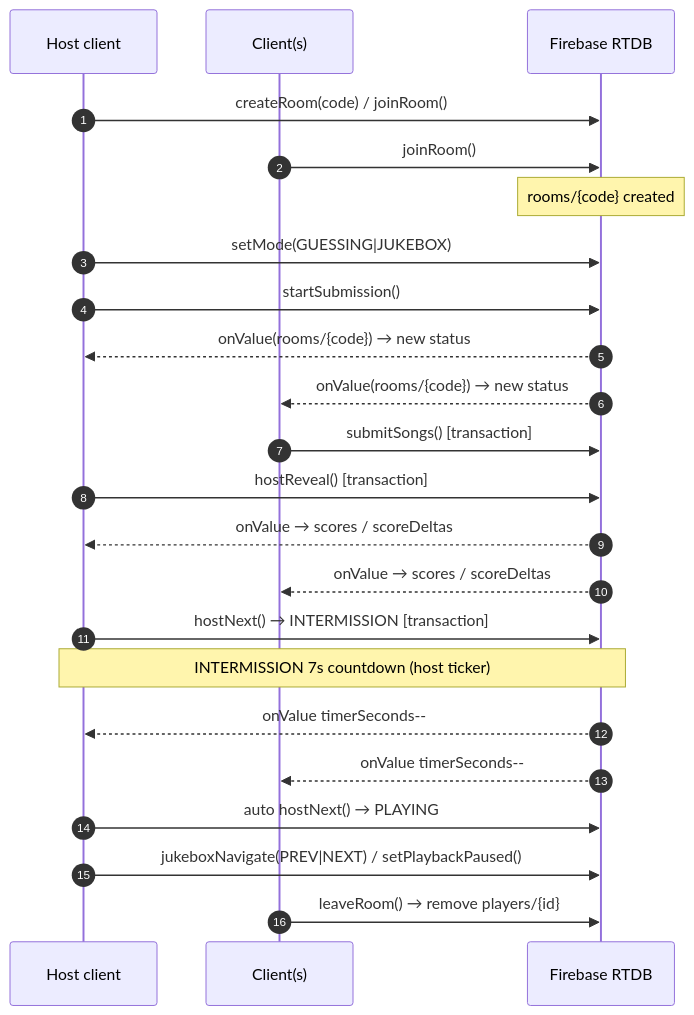
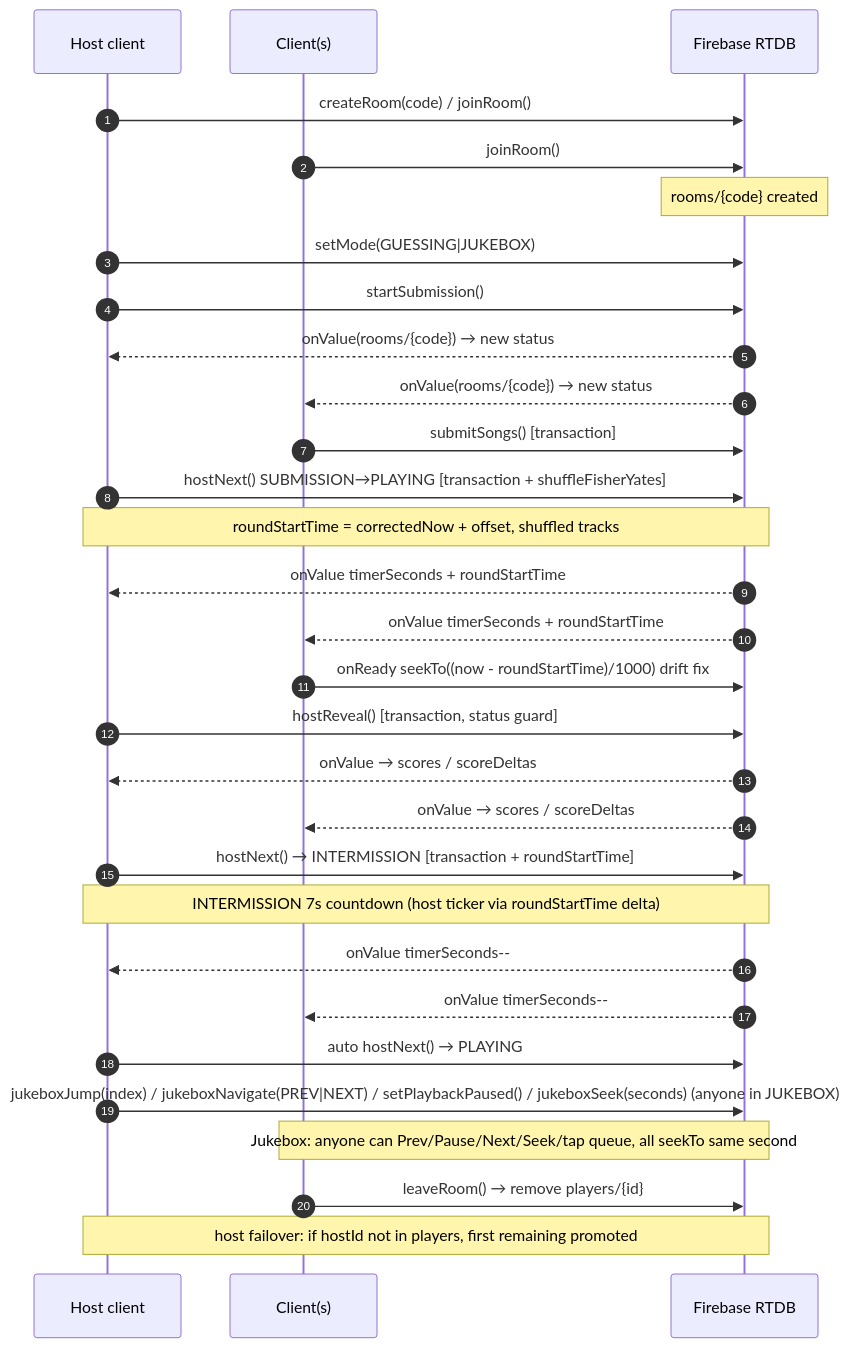
Before and after one commit to sudo-Harshk/pmp: the first of 3 diagrams in docs/ARCHITECTURE.md, drawn with Mermaid. The commit also changed other lines of this file and 5 other files, not shown here.

Commit message:
docs: update for shuffle, sit-out, scoring and jukebox jam

````diff
--- a/docs/ARCHITECTURE.md
+++ b/docs/ARCHITECTURE.md
@@ -16,26 +16,33 @@
 ```mermaid
 sequenceDiagram
     autonumber
     participant H as Host client
     participant C as Client(s)
     participant F as Firebase RTDB
 
     H->>F: createRoom(code) / joinRoom()
     C->>F: joinRoom()
     Note over F: rooms/{code} created
     H->>F: setMode(GUESSING|JUKEBOX)
     H->>F: startSubmission()
     F-->>H: onValue(rooms/{code}) → new status
     F-->>C: onValue(rooms/{code}) → new status
     C->>F: submitSongs() [transaction]
-    H->>F: hostReveal() [transaction]
+    H->>F: hostNext() SUBMISSION→PLAYING [transaction + shuffleFisherYates]
+    Note over H,F: roundStartTime = correctedNow + offset, shuffled tracks
+    F-->>H: onValue timerSeconds + roundStartTime
+    F-->>C: onValue timerSeconds + roundStartTime
+    C->>F: onReady seekTo((now - roundStartTime)/1000) drift fix
+    H->>F: hostReveal() [transaction, status guard]
     F-->>H: onValue → scores / scoreDeltas
     F-->>C: onValue → scores / scoreDeltas
-    H->>F: hostNext() → INTERMISSION [transaction]
-    Note over H,F: INTERMISSION 7s countdown (host ticker)
+    H->>F: hostNext() → INTERMISSION [transaction + roundStartTime]
+    Note over H,F: INTERMISSION 7s countdown (host ticker via roundStartTime delta)
     F-->>H: onValue timerSeconds--
     F-->>C: onValue timerSeconds--
     H->>F: auto hostNext() → PLAYING
-    H->>F: jukeboxNavigate(PREV|NEXT) / setPlaybackPaused()
+    H->>F: jukeboxJump(index) / jukeboxNavigate(PREV|NEXT) / setPlaybackPaused() / jukeboxSeek(seconds) (anyone in JUKEBOX)
+    Note over C,F: Jukebox: anyone can Prev/Pause/Next/Seek/tap queue, all seekTo same second
     C->>F: leaveRoom() → remove players/{id}
+    Note over H,F: host failover: if hostId not in players, first remaining promoted
 ```
````
